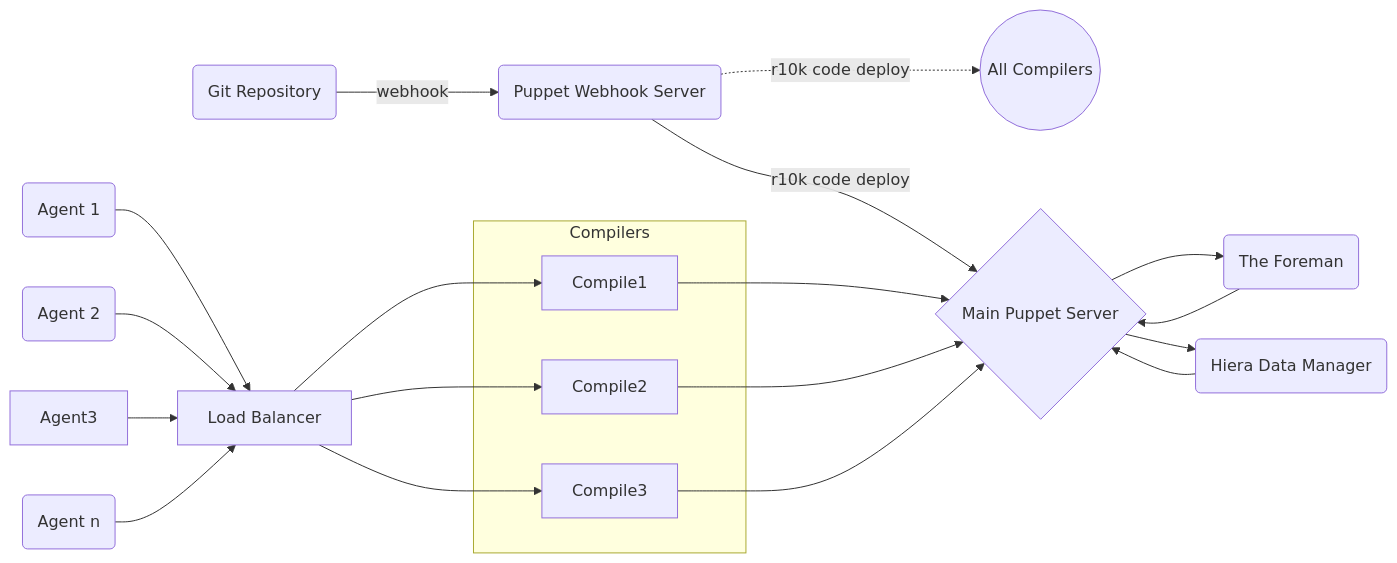
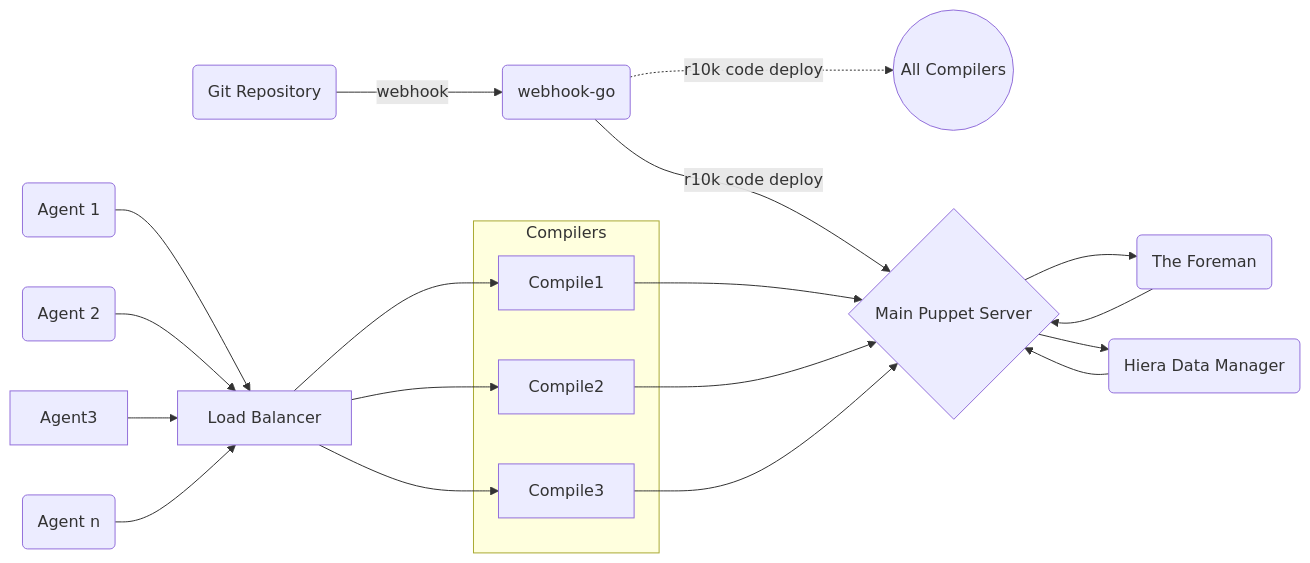
The diagram in _docs/arch_load_balanced.md (voxpupuli/voxpupuli.github.io), drawn with Mermaid before and after one commit. The commit also changed other lines of this file, not shown here.

Commit message:
update load balanced arch with webhook-go

```diff
--- a/_docs/arch_load_balanced.md
+++ b/_docs/arch_load_balanced.md
@@ -15,48 +15,48 @@
 <div class="mermaid">
   graph LR;
   git(Git Repository)
   Foreman(The Foreman)
-  Webhook(Puppet Webhook Server)
+  Webhook(webhook-go)
   AllCompilers((All Compilers))
   HDM(Hiera Data Manager)
 
   MainPuppetServer{Main Puppet Server}
 
   subgraph Compilers[Compilers]
       Compile1[Compile1]
       Compile2[Compile2]
       Compile3[Compile3]
   end
 
   LoadBalancer[Load Balancer]
 
   Agent1(Agent 1)
   Agent2(Agent 2)
   Agent_n(Agent n)
 
   click HDM "https://github.com/betadots/hdm" "HDM is a web interface for analyzing and managing hiera data."
   click Foreman "https://www.theforeman.org" "Foreman is a complete lifecycle management tool for physical and virtual servers."
-  click Webhook "https://github.com/voxpupuli/puppet_webhook" "A webhook service that can trigger code deploys from source code repository updates."
+  click Webhook "https://github.com/voxpupuli/webhook-go" "A webhook service that can trigger code deploys from source code repository updates."
 
   git --webhook--> Webhook
   Webhook --r10k code deploy--> MainPuppetServer
   Webhook -.r10k code deploy.-> AllCompilers
 
   Foreman --> MainPuppetServer
   MainPuppetServer --> Foreman
   HDM --> MainPuppetServer
   MainPuppetServer --> HDM
 
   Compile1 --> MainPuppetServer
   Compile2 --> MainPuppetServer
   Compile3 --> MainPuppetServer
 
   LoadBalancer --> Compile1
   LoadBalancer --> Compile2
   LoadBalancer --> Compile3
 
   Agent1 --> LoadBalancer
   Agent2 --> LoadBalancer
   Agent3 --> LoadBalancer
   Agent_n --> LoadBalancer
 </div>
```
